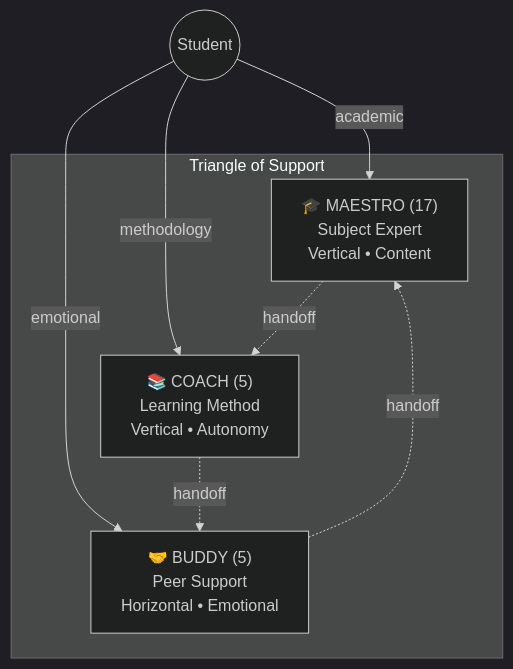
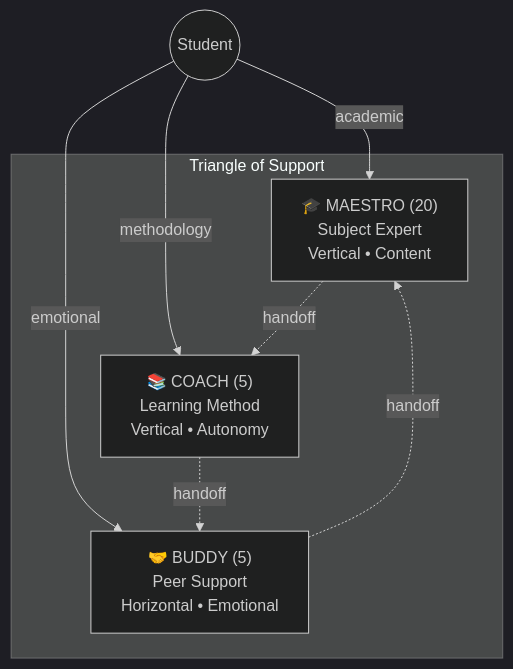
The second of 12 diagrams in docs/technical/ARCHITECTURE.md (FightTheStroke/MirrorBuddy), drawn with Mermaid (dark theme) before and after one commit. The commit also changed other lines of this file and 1 other file, not shown here.

First line of the commit message:
docs(architecture): update diagrams with RAG, observability, and current stack

````diff
--- a/docs/technical/ARCHITECTURE.md
+++ b/docs/technical/ARCHITECTURE.md
@@ -111,18 +134,18 @@
 ```mermaid
 flowchart TD
     Student((Student))
 
     subgraph Triangle["Triangle of Support"]
-        Maestro["🎓 MAESTRO (17)<br/>Subject Expert<br/>Vertical • Content"]
+        Maestro["🎓 MAESTRO (20)<br/>Subject Expert<br/>Vertical • Content"]
         Coach["📚 COACH (5)<br/>Learning Method<br/>Vertical • Autonomy"]
         Buddy["🤝 BUDDY (5)<br/>Peer Support<br/>Horizontal • Emotional"]
     end
 
     Student --> |academic| Maestro
     Student --> |methodology| Coach
     Student --> |emotional| Buddy
 
     Maestro -.-> |handoff| Coach
     Coach -.-> |handoff| Buddy
     Buddy -.-> |handoff| Maestro
 ```
````
